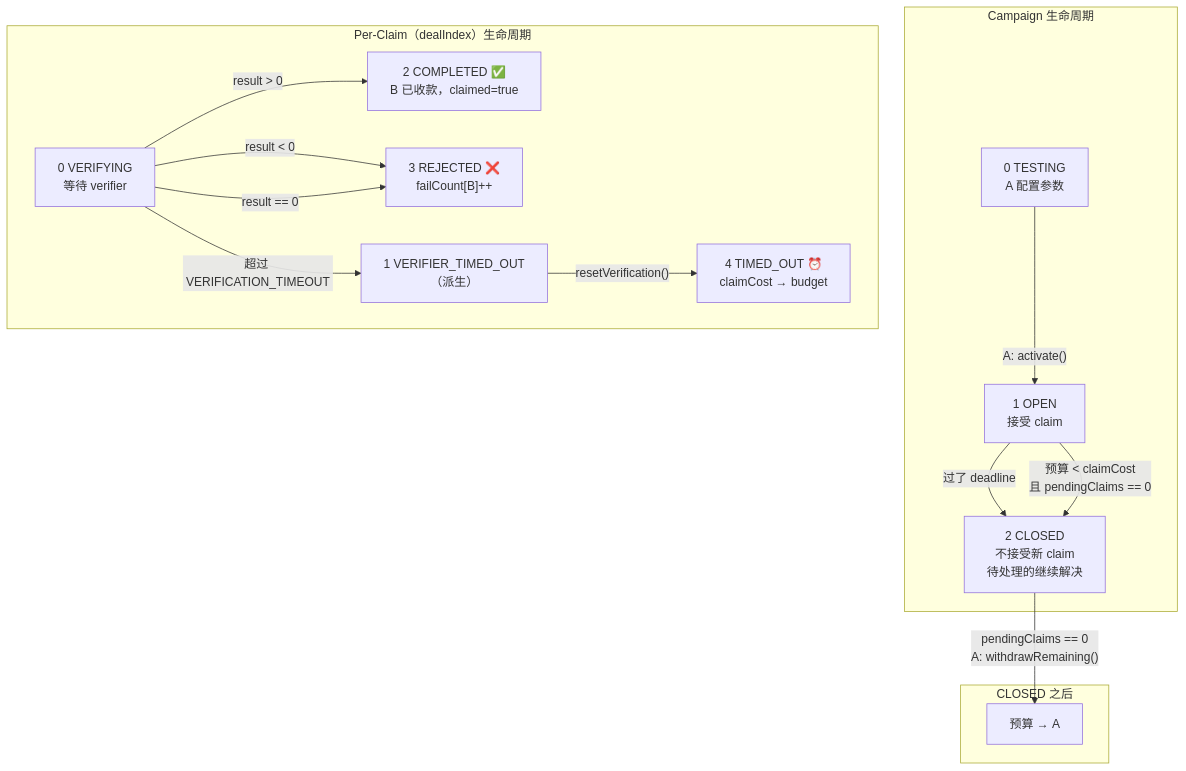
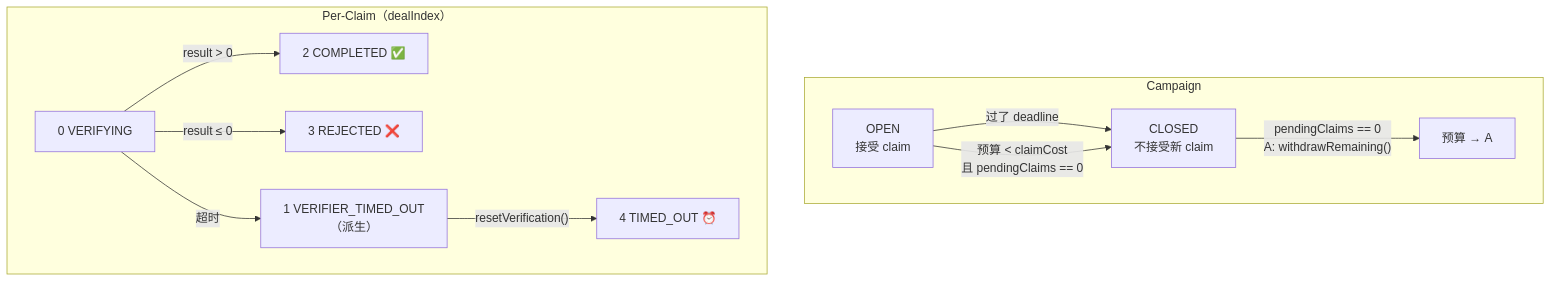
Before and after one commit to synctxai/synctx: the second of 2 diagrams in examples/x-follow/x-follow-design-zh.md, drawn with Mermaid. The commit also changed other lines of this file and 1 other file, not shown here.

````diff
--- a/examples/x-follow/x-follow-design-zh.md
+++ b/examples/x-follow/x-follow-design-zh.md
@@ -316,30 +317,24 @@
 ```mermaid
 flowchart TD
-    subgraph "Campaign 生命周期"
-        TESTING["0 TESTING<br/>A 配置参数"]
-        OPEN["1 OPEN<br/>接受 claim"]
-        CLOSED["2 CLOSED<br/>不接受新 claim<br/>待处理的继续解决"]
+    subgraph "Campaign"
+        OPEN["OPEN<br/>接受 claim"]
+        CLOSED["CLOSED<br/>不接受新 claim"]
 
-        TESTING -->|"A: activate()"| OPEN
         OPEN -->|"过了 deadline"| CLOSED
         OPEN -->|"预算 < claimCost<br/>且 pendingClaims == 0"| CLOSED
-    end
-
-    subgraph "CLOSED 之后"
         CLOSED -->|"pendingClaims == 0<br/>A: withdrawRemaining()"| DONE["预算 → A"]
     end
 
-    subgraph "Per-Claim（dealIndex）生命周期"
-        VERIFYING["0 VERIFYING<br/>等待 verifier"]
-        VERIFIER_TIMED_OUT["1 VERIFIER_TIMED_OUT<br/>（派生）"]
-        COMPLETED["2 COMPLETED ✅<br/>B 已收款，claimed=true"]
-        REJECTED["3 REJECTED ❌<br/>failCount[B]++"]
-        CLAIM_TIMEOUT["4 TIMED_OUT ⏰<br/>claimCost → budget"]
+    subgraph "Per-Claim（dealIndex）"
+        VERIFYING["0 VERIFYING"]
+        VTO["1 VERIFIER_TIMED_OUT<br/>（派生）"]
+        COMPLETED["2 COMPLETED ✅"]
+        REJECTED["3 REJECTED ❌"]
+        TO["4 TIMED_OUT ⏰"]
 
         VERIFYING -->|"result > 0"| COMPLETED
-        VERIFYING -->|"result < 0"| REJECTED
-        VERIFYING -->|"result == 0"| REJECTED
-        VERIFYING -->|"超过 VERIFICATION_TIMEOUT"| VERIFIER_TIMED_OUT
-        VERIFIER_TIMED_OUT -->|"resetVerification()"| CLAIM_TIMEOUT
+        VERIFYING -->|"result ≤ 0"| REJECTED
+        VERIFYING -->|"超时"| VTO
+        VTO -->|"resetVerification()"| TO
     end
 ```
````
